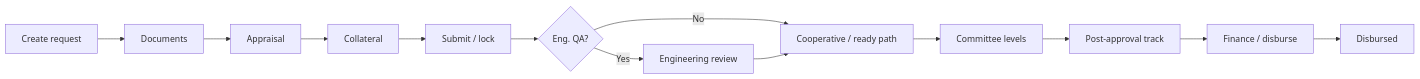
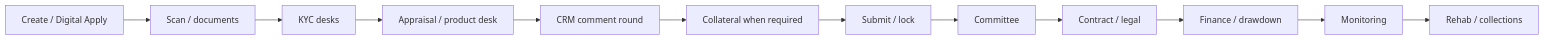
One commit to habenkiros/dbe_loan changed the diagram in README.md. Above: the diagram before and after it, drawn with Mermaid. The commit also changed other lines of this file and 192 other files, not shown here.

First line of the commit message:
Add DBE product families, desks, and KYC spine on the live Credit Intelligence factory.

````diff
--- a/README.md
+++ b/README.md
@@ -140,15 +225,14 @@
 ```mermaid
 flowchart LR
-    A[Create request] --> B[Documents]
-    B --> C[Appraisal]
-    C --> D[Collateral]
-    D --> E[Submit / lock]
-    E --> F{Eng. QA?}
-    F -->|Yes| G[Engineering review]
-    F -->|No| H[Cooperative / ready path]
-    G --> H
-    H --> I[Committee levels]
-    I --> J[Post-approval track]
-    J --> K[Finance / disburse]
-    K --> L[Disbursed]
+    A[Create / Digital Apply] --> B[Scan / documents]
+    B --> C[KYC desks]
+    C --> D[Appraisal / product desk]
+    D --> E[CRM comment round]
+    E --> F[Collateral when required]
+    F --> G[Submit / lock]
+    G --> H[Committee]
+    H --> I[Contract / legal]
+    I --> J[Finance / drawdown]
+    J --> K[Monitoring]
+    K --> L[Rehab / collections]
 ```
````
